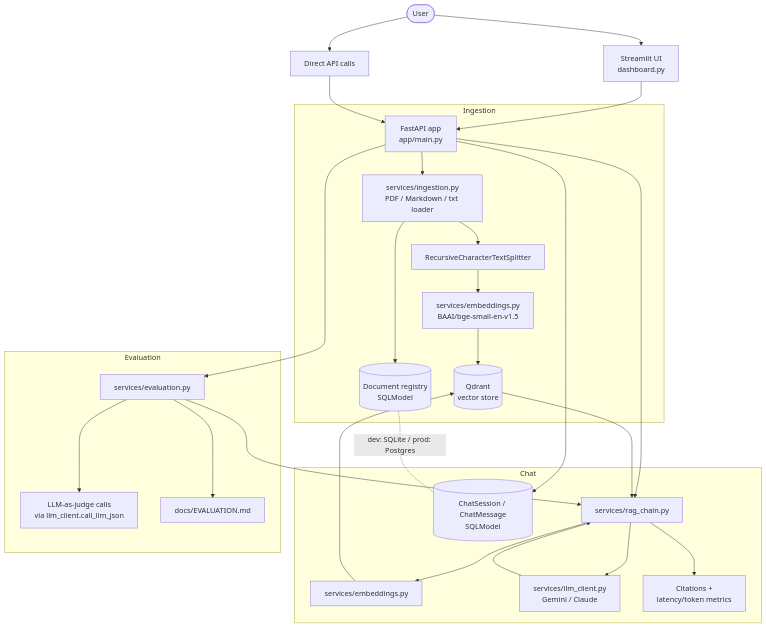
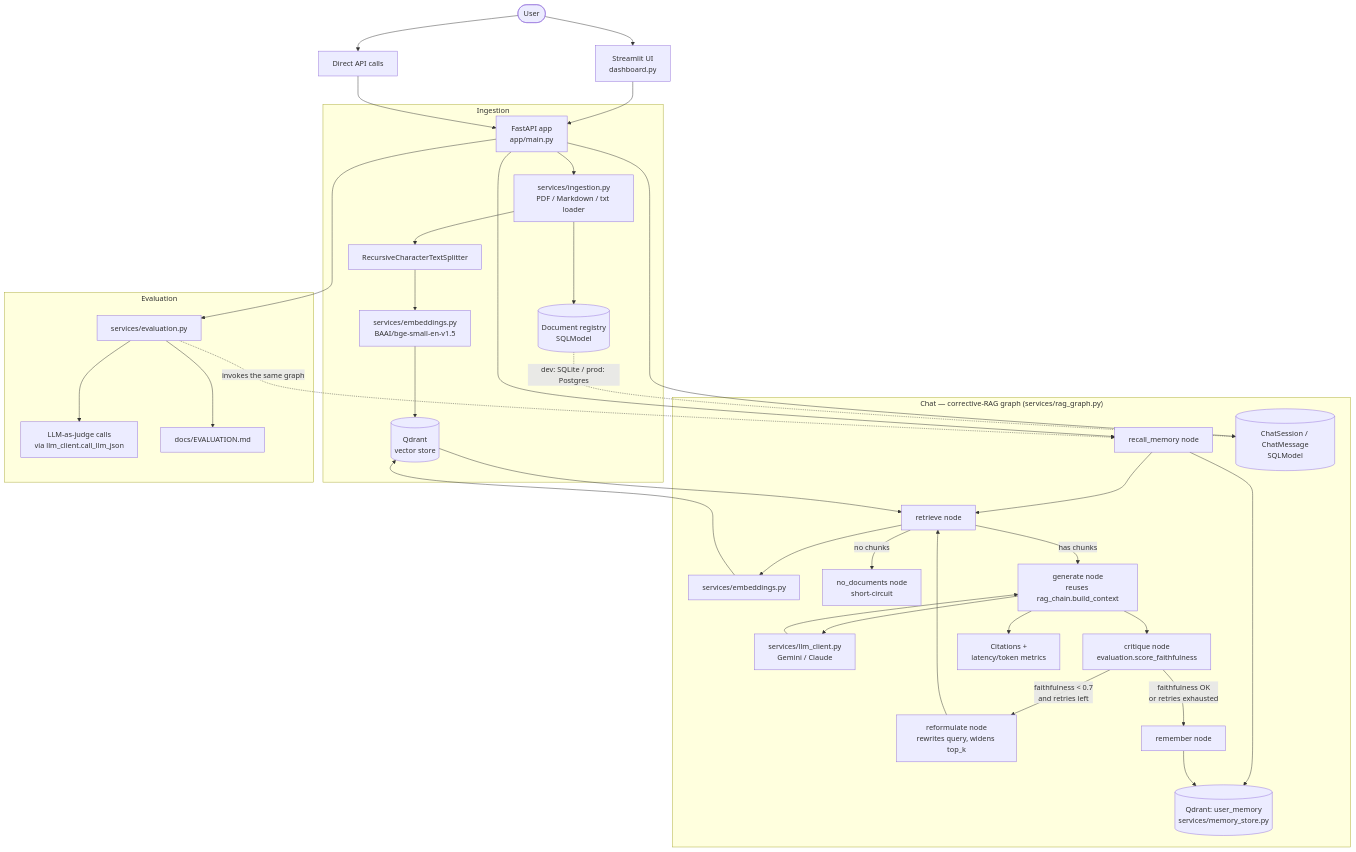
Before and after one commit to vishnu0529/enterprise-rag-assistant: the diagram in docs/ARCHITECTURE.md, drawn with Mermaid. The commit also changed other lines of this file and 13 other files, not shown here.

First line of the commit message:
Add corrective-RAG LangGraph agent with cross-session memory

````diff
--- a/docs/ARCHITECTURE.md
+++ b/docs/ARCHITECTURE.md
@@ -5,35 +5,44 @@
 ```mermaid
 flowchart TD
     User([User]) --> UI[Streamlit UI<br/>dashboard.py]
     User --> API_direct[Direct API calls]
     UI --> API[FastAPI app<br/>app/main.py]
     API_direct --> API
 
     subgraph Ingestion
         API --> Ingest[services/ingestion.py<br/>PDF / Markdown / txt loader]
         Ingest --> Chunk[RecursiveCharacterTextSplitter]
         Chunk --> Embed1[services/embeddings.py<br/>BAAI/bge-small-en-v1.5]
         Embed1 --> Qdrant[(Qdrant<br/>vector store)]
         Ingest --> DocDB[(Document registry<br/>SQLModel)]
     end
 
-    subgraph Chat
-        API --> RAG[services/rag_chain.py]
-        RAG --> Embed2[services/embeddings.py]
+    subgraph "Chat — corrective-RAG graph (services/rag_graph.py)"
+        API --> RecallMem[recall_memory node]
+        RecallMem --> UserMem[(Qdrant: user_memory<br/>services/memory_store.py)]
+        RecallMem --> Retrieve[retrieve node]
+        Retrieve --> Embed2[services/embeddings.py]
         Embed2 --> Qdrant
-        Qdrant --> RAG
-        RAG --> LLM[services/llm_client.py<br/>Gemini / Claude]
-        LLM --> RAG
-        RAG --> Citations[Citations +<br/>latency/token metrics]
+        Qdrant --> Retrieve
+        Retrieve -->|no chunks| NoDocs[no_documents node<br/>short-circuit]
+        Retrieve -->|has chunks| Generate[generate node<br/>reuses rag_chain.build_context]
+        Generate --> LLM[services/llm_client.py<br/>Gemini / Claude]
+        LLM --> Generate
+        Generate --> Critique[critique node<br/>evaluation.score_faithfulness]
+        Critique -->|faithfulness < 0.7<br/>and retries left| Reformulate[reformulate node<br/>rewrites query, widens top_k]
+        Reformulate --> Retrieve
+        Critique -->|faithfulness OK<br/>or retries exhausted| Remember[remember node]
+        Remember --> UserMem
+        Generate --> Citations[Citations +<br/>latency/token metrics]
         API --> SessionDB[(ChatSession / ChatMessage<br/>SQLModel)]
     end
 
     subgraph Evaluation
         API --> Eval[services/evaluation.py]
-        Eval --> RAG
+        Eval -.->|invokes the same graph| RecallMem
         Eval --> Judge[LLM-as-judge calls<br/>via llm_client.call_llm_json]
         Eval --> EvalReport[docs/EVALUATION.md]
     end
 
     DocDB -.dev: SQLite / prod: Postgres.- SessionDB
 ```
````
